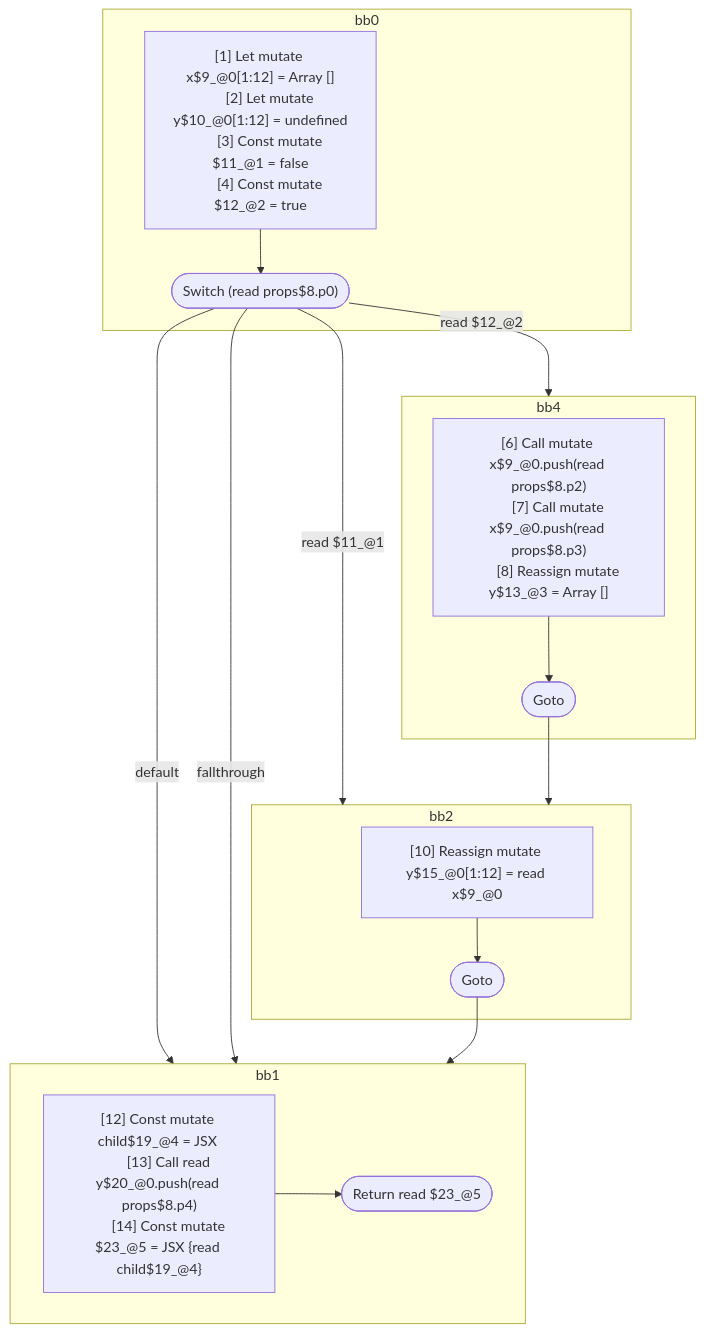
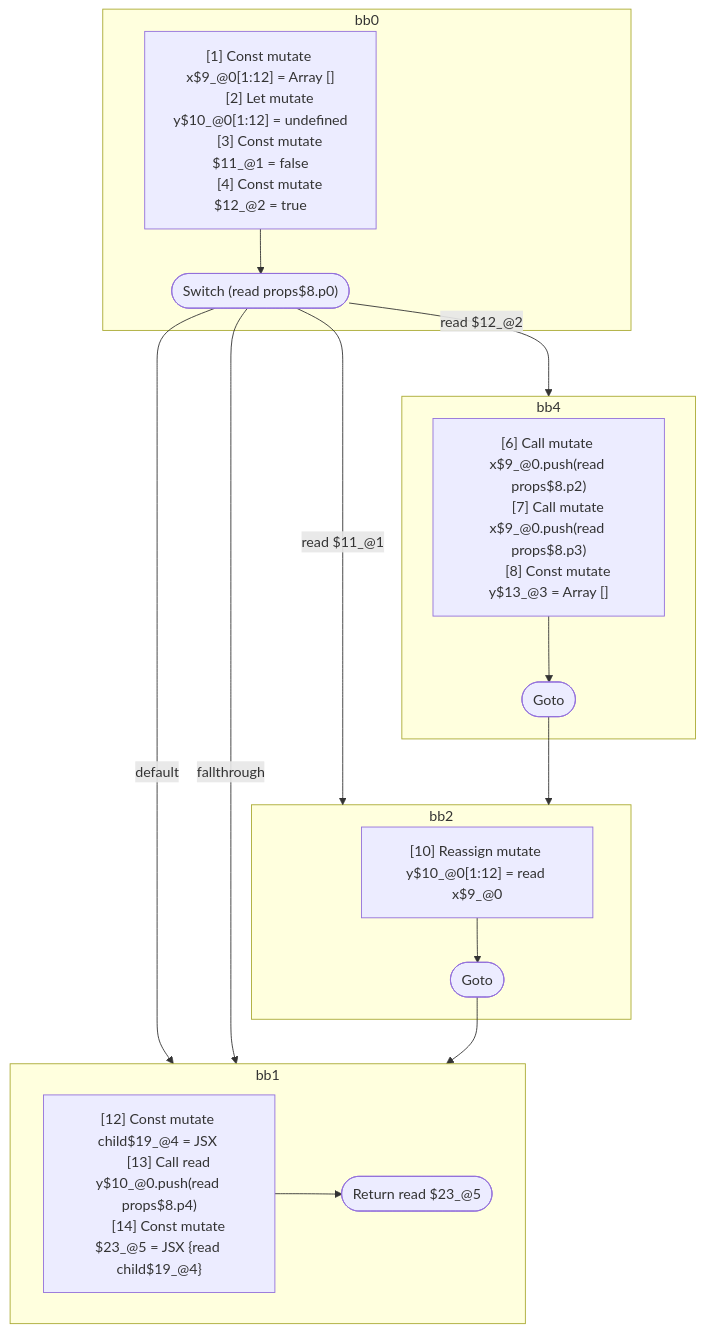
One commit to wutsmog/private changed the diagram in compiler/forget/src/__tests__/fixtures/hir/switch.expect.md. Above: the diagram before and after it, drawn with Mermaid. The commit also changed other lines of this file and 61 other files, not shown here.

````diff
--- a/compiler/forget/src/__tests__/fixtures/hir/switch.expect.md
+++ b/compiler/forget/src/__tests__/fixtures/hir/switch.expect.md
@@ -72,44 +73,44 @@
 ```mermaid
 flowchart TB
   %% Basic Blocks
   subgraph bb0
     bb0_instrs["
-      [1] Let mutate x$9_@0[1:12] = Array []
+      [1] Const mutate x$9_@0[1:12] = Array []
       [2] Let mutate y$10_@0[1:12] = undefined
       [3] Const mutate $11_@1 = false
       [4] Const mutate $12_@2 = true
     "]
     bb0_instrs --> bb0_terminal(["Switch (read props$8.p0)"])
   end
   subgraph bb4
     bb4_instrs["
       [6] Call mutate x$9_@0.push(read props$8.p2)
       [7] Call mutate x$9_@0.push(read props$8.p3)
-      [8] Reassign mutate y$13_@3 = Array []
+      [8] Const mutate y$13_@3 = Array []
     "]
     bb4_instrs --> bb4_terminal(["Goto"])
   end
   subgraph bb2
     bb2_instrs["
-      [10] Reassign mutate y$15_@0[1:12] = read x$9_@0
+      [10] Reassign mutate y$10_@0[1:12] = read x$9_@0
     "]
     bb2_instrs --> bb2_terminal(["Goto"])
   end
   subgraph bb1
     bb1_instrs["
       [12] Const mutate child$19_@4 = JSX <read Component$0 data={freeze x$9_@0} ></read Component$0>
-      [13] Call read y$20_@0.push(read props$8.p4)
-      [14] Const mutate $23_@5 = JSX <read Component$0 data={read y$20_@0} >{read child$19_@4}</read Component$0>
+      [13] Call read y$10_@0.push(read props$8.p4)
+      [14] Const mutate $23_@5 = JSX <read Component$0 data={read y$10_@0} >{read child$19_@4}</read Component$0>
     "]
     bb1_instrs --> bb1_terminal(["Return read $23_@5"])
   end
 
   %% Jumps
   bb0_terminal -- "read $12_@2" --> bb4
   bb0_terminal -- "read $11_@1" --> bb2
   bb0_terminal -- "default" --> bb1
   bb0_terminal -- "fallthrough" --> bb1
   bb4_terminal --> bb2
   bb2_terminal --> bb1
 
 ```
````
